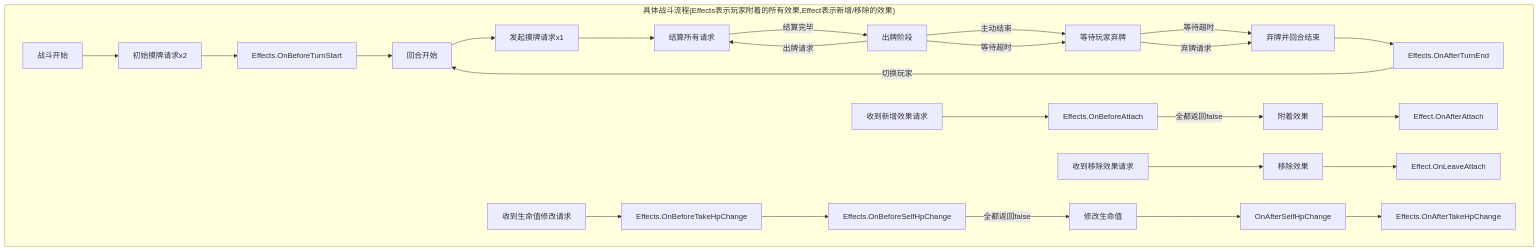
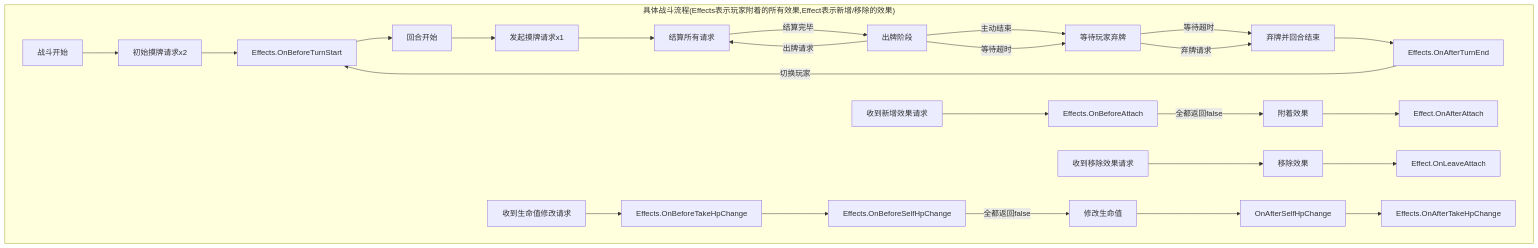
Before and after one commit to wyt2000/EarthCore: the second of 3 diagrams in Docs/Frame/timeline.md, drawn with Mermaid.

Commit message:
docs: 修复箭头指向错误

````diff
--- a/Docs/Frame/timeline.md
+++ b/Docs/Frame/timeline.md
@@ -16,18 +16,18 @@
 ```mermaid
 graph TB
 subgraph "具体战斗流程(Effects表示玩家附着的所有效果,Effect表示新增/移除的效果)"
     A[战斗开始] --> B[初始摸牌请求x2]
-    B --> Effects.OnBeforeTurnStart --> C[回合开始]
+    B --> BC[Effects.OnBeforeTurnStart] --> C[回合开始]
     C --> 发起摸牌请求x1 --> F
     D --> |主动结束| E[等待玩家弃牌]
     D --> |等待超时| E
     D --> |出牌请求| F[结算所有请求]
     E --> |等待超时| G[弃牌并回合结束]
     E --> |弃牌请求| G
     F --> |结算完毕| D[出牌阶段]
-    G --> Effects.OnAfterTurnEnd --> |切换玩家| C
+    G --> Effects.OnAfterTurnEnd --> |切换玩家| BC
     收到新增效果请求 --> Effects.OnBeforeAttach --> |全都返回false| 附着效果 --> Effect.OnAfterAttach
     收到移除效果请求 --> 移除效果 --> Effect.OnLeaveAttach
     收到生命值修改请求 --> Effects.OnBeforeTakeHpChange --> Effects.OnBeforeSelfHpChange --> |全都返回false| 修改生命值 --> OnAfterSelfHpChange --> Effects.OnAfterTakeHpChange
 end
 ```
````
